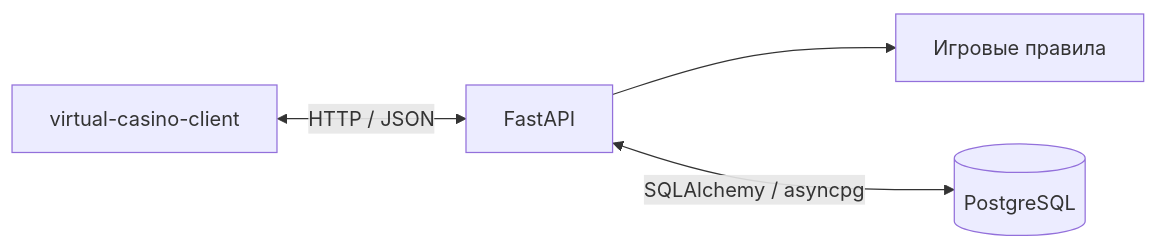
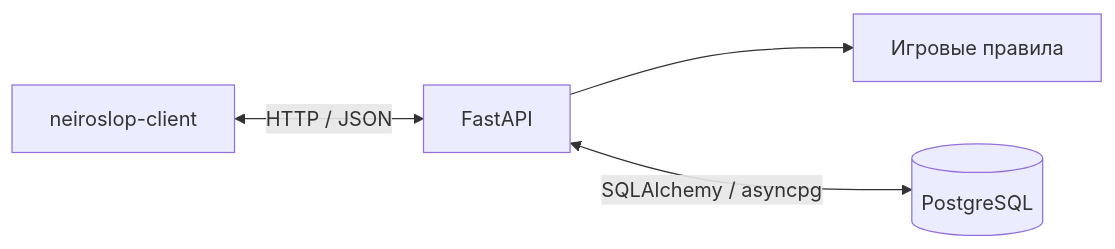
One commit to dashkalikov/neiroslop-server changed the diagram in backend/README.md. Above: the diagram before and after it, drawn with Mermaid. The commit also changed other lines of this file and 3 other files, not shown here.

````diff
--- a/backend/README.md
+++ b/backend/README.md
@@ -11,6 +11,6 @@
 ```mermaid
 flowchart LR
-    Client[virtual-casino-client] <-->|HTTP / JSON| API[FastAPI]
+    Client[neiroslop-client] <-->|HTTP / JSON| API[FastAPI]
     API --> Rules[Игровые правила]
     API <-->|SQLAlchemy / asyncpg| DB[(PostgreSQL)]
 ```
````
